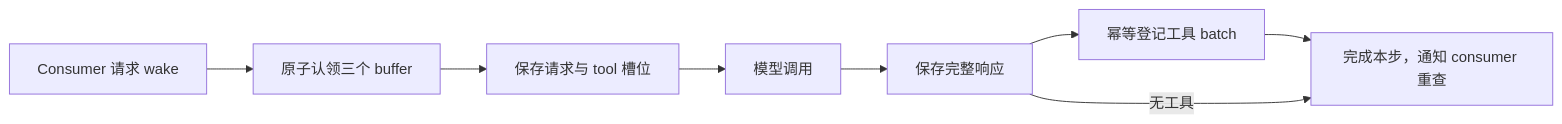
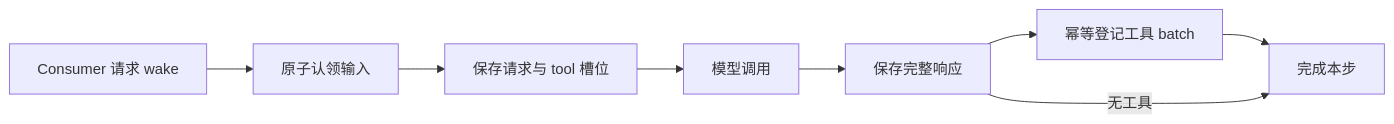
Before and after one commit to HymioSpace/Oath: the diagram in spec/feature-agent-runtime.md, drawn with Mermaid. The commit also changed other lines of this file and 14 other files, not shown here.

````diff
--- a/spec/feature-agent-runtime.md
+++ b/spec/feature-agent-runtime.md
@@ -9,10 +9,10 @@
 ```mermaid
 flowchart LR
-    C[Consumer 请求 wake] --> Claim[原子认领三个 buffer]
+    C[Consumer 请求 wake] --> Claim[原子认领输入]
     Claim --> Request[保存请求与 tool 槽位]
     Request --> LLM[模型调用]
     LLM --> Save[保存完整响应]
     Save --> Batch[幂等登记工具 batch]
-    Batch --> Done[完成本步，通知 consumer 重查]
+    Batch --> Done[完成本步]
     Save -->|无工具| Done
 ```
````
